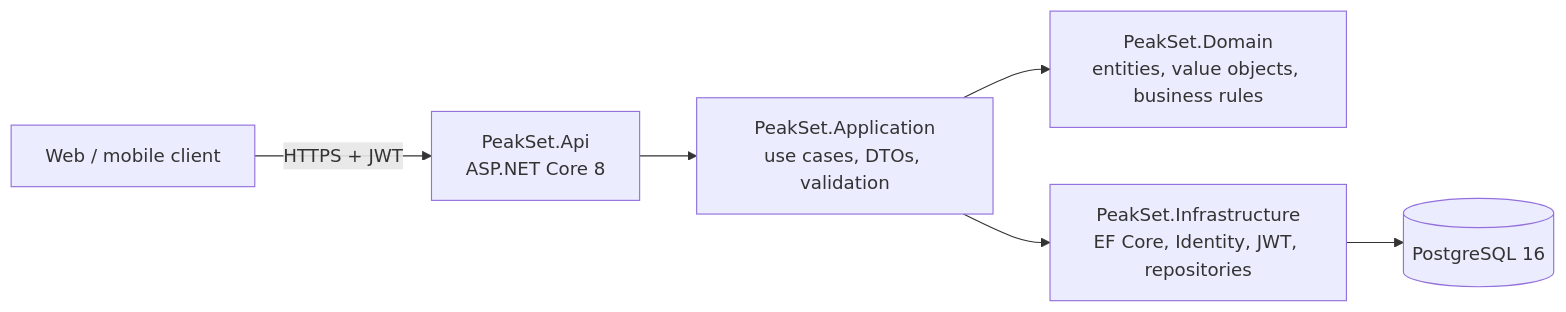
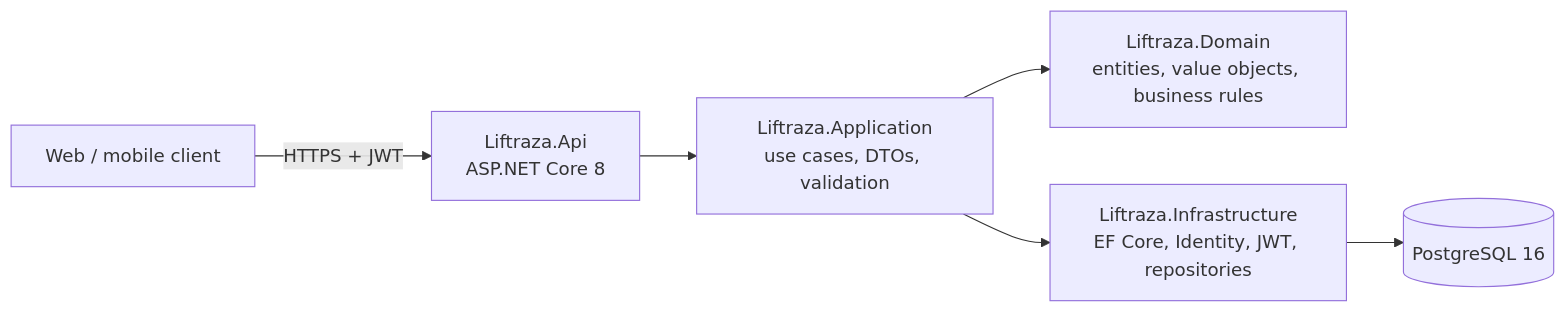
The diagram in README.md (Sergtran/PeakSet), drawn with Mermaid before and after one commit. The commit also changed other lines of this file and 276 other files, not shown here.

Commit message:
rebrand PeakSet to Liftraza

````diff
--- a/README.md
+++ b/README.md
@@ -31,8 +31,8 @@
 ```mermaid
 flowchart LR
-    client["Web / mobile client"] -->|HTTPS + JWT| api["PeakSet.Api<br/>ASP.NET Core 8"]
-    api --> app["PeakSet.Application<br/>use cases, DTOs, validation"]
-    app --> domain["PeakSet.Domain<br/>entities, value objects, business rules"]
-    app --> infra["PeakSet.Infrastructure<br/>EF Core, Identity, JWT, repositories"]
+    client["Web / mobile client"] -->|HTTPS + JWT| api["Liftraza.Api<br/>ASP.NET Core 8"]
+    api --> app["Liftraza.Application<br/>use cases, DTOs, validation"]
+    app --> domain["Liftraza.Domain<br/>entities, value objects, business rules"]
+    app --> infra["Liftraza.Infrastructure<br/>EF Core, Identity, JWT, repositories"]
     infra --> db[("PostgreSQL 16")]
 ```
````
